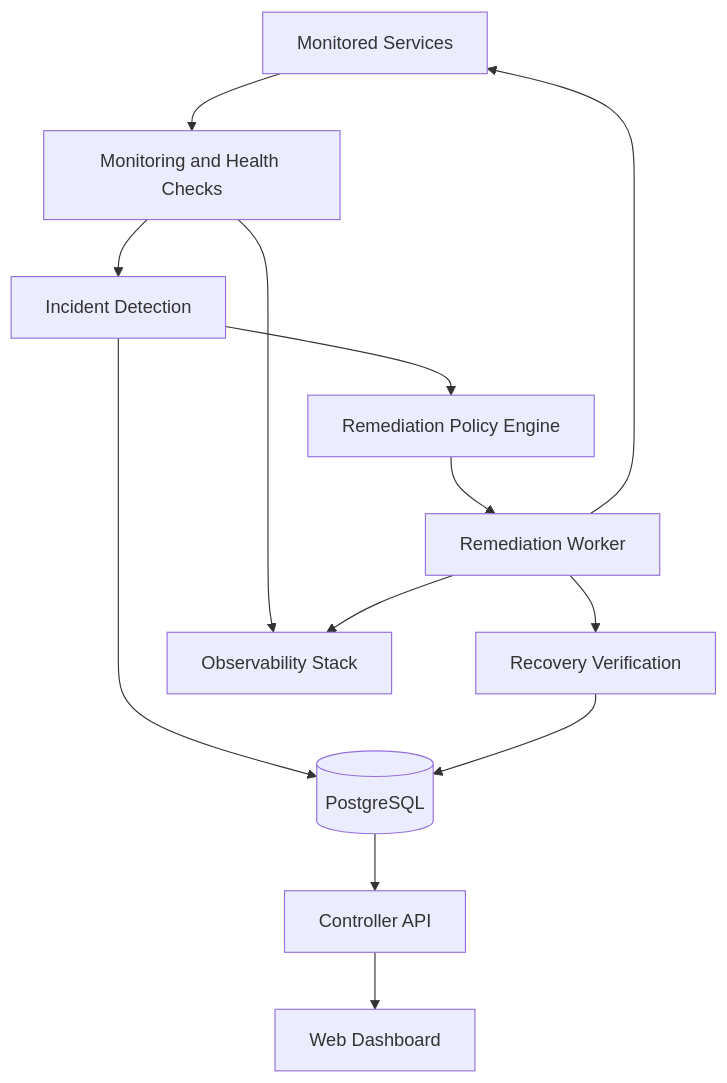
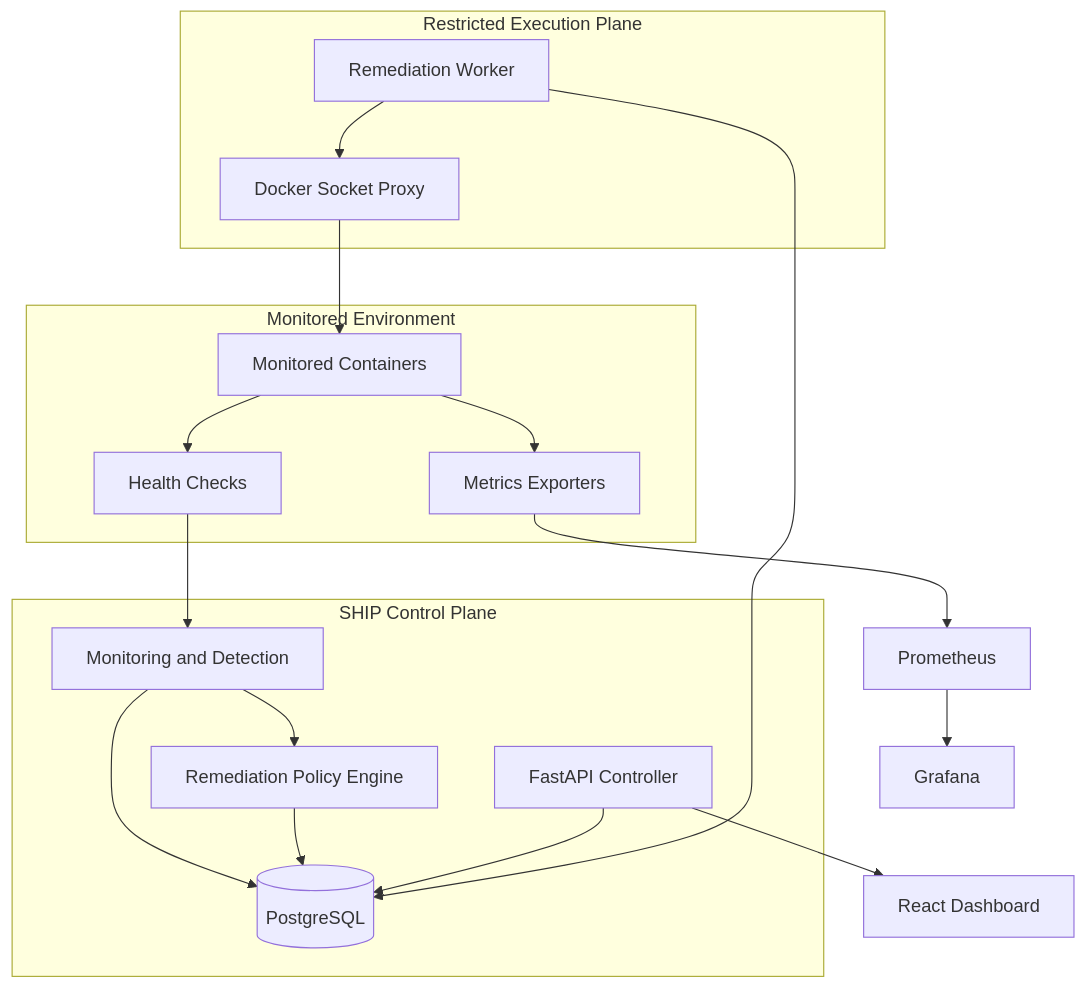
One commit to malikLH44/self-healing-infrastructure-platform changed the diagram in docs/architecture.md. Above: the diagram before and after it, drawn with Mermaid.

Commit message:
docs: refine system architecture

````diff
--- a/docs/architecture.md
+++ b/docs/architecture.md
@@ -15,26 +15,38 @@
 ```mermaid
 flowchart TD
-    S[Monitored Services]
-    M[Monitoring and Health Checks]
-    D[Incident Detection]
-    P[Remediation Policy Engine]
-    W[Remediation Worker]
-    V[Recovery Verification]
-    DB[(PostgreSQL)]
-    API[Controller API]
-    UI[Web Dashboard]
-    O[Observability Stack]
+    subgraph Services["Monitored Environment"]
+        S[Monitored Containers]
+        H[Health Checks]
+        E[Metrics Exporters]
+        S --> H
+        S --> E
+    end
 
-    S --> M
-    M --> D
-    D --> DB
-    D --> P
-    P --> W
-    W --> S
-    W --> V
-    V --> DB
-    M --> O
-    W --> O
-    DB --> API
+    subgraph Control["SHIP Control Plane"]
+        D[Monitoring and Detection]
+        P[Remediation Policy Engine]
+        API[FastAPI Controller]
+        DB[(PostgreSQL)]
+        D --> P
+        D --> DB
+        P --> DB
+        API --> DB
+    end
+
+    subgraph Execution["Restricted Execution Plane"]
+        W[Remediation Worker]
+        Proxy[Docker Socket Proxy]
+        W --> Proxy
+        Proxy --> S
+        W --> DB
+    end
+
+    Prom[Prometheus]
+    Graf[Grafana]
+    UI[React Dashboard]
+
+    H --> D
+    E --> Prom
+    Prom --> Graf
     API --> UI
 ```
````
